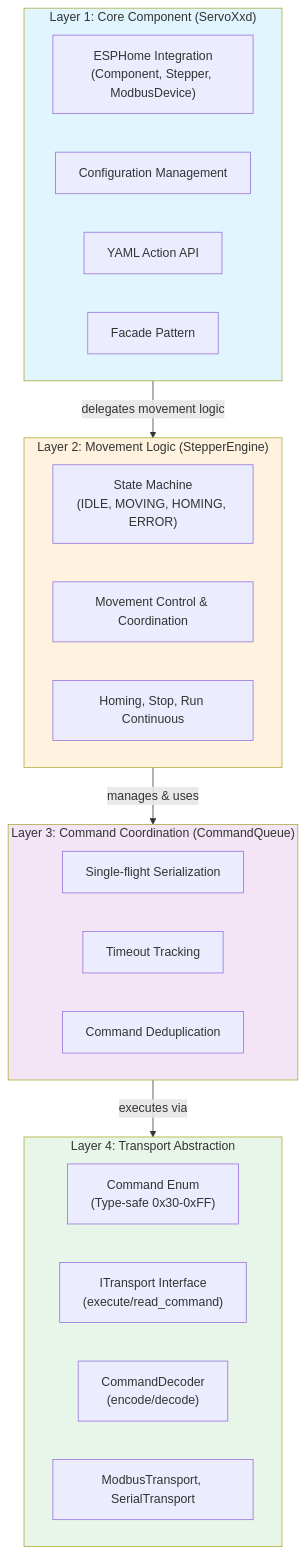
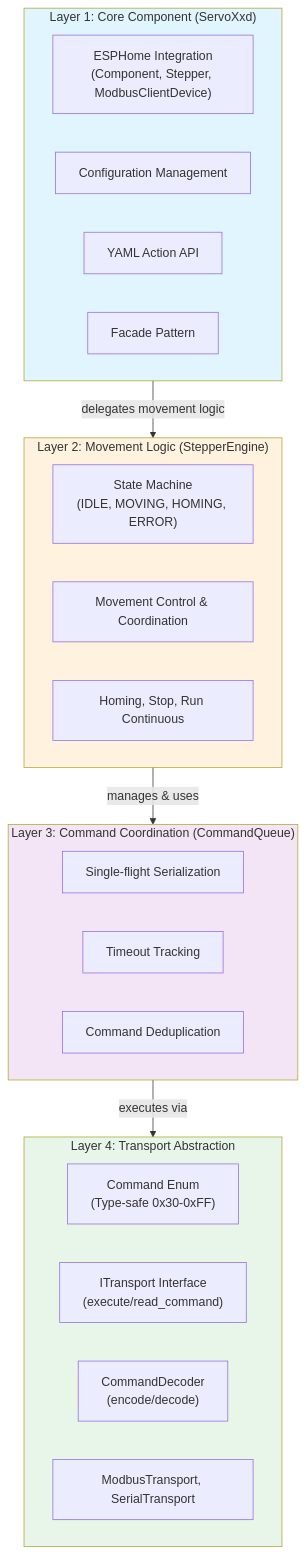
One commit to Nebensound/servoxxd-esphome changed the diagram in docs/specification/02-cpp-interface.md. Above: the diagram before and after it, drawn with Mermaid. The commit also changed other lines of this file and 24 other files, not shown here.

````diff
--- a/docs/specification/02-cpp-interface.md
+++ b/docs/specification/02-cpp-interface.md
@@ -91,37 +91,37 @@
 ```mermaid
 graph TB
     subgraph Layer1["Layer 1: Core Component (ServoXxd)"]
-        L1A["ESPHome Integration<br/>(Component, Stepper, ModbusDevice)"]
+        L1A["ESPHome Integration<br/>(Component, Stepper, ModbusClientDevice)"]
         L1B["Configuration Management"]
         L1C["YAML Action API"]
         L1D["Facade Pattern"]
     end
     
     subgraph Layer2["Layer 2: Movement Logic (StepperEngine)"]
         L2A["State Machine<br/>(IDLE, MOVING, HOMING, ERROR)"]
         L2B["Movement Control & Coordination"]
         L2C["Homing, Stop, Run Continuous"]
     end
     
     subgraph Layer3["Layer 3: Command Coordination (CommandQueue)"]
         L3A["Single-flight Serialization"]
         L3B["Timeout Tracking"]
         L3C["Command Deduplication"]
     end
     
     subgraph Layer4["Layer 4: Transport Abstraction"]
         L4A["Command Enum<br/>(Type-safe 0x30-0xFF)"]
         L4B["ITransport Interface<br/>(execute/read_command)"]
         L4C["CommandDecoder<br/>(encode/decode)"]
         L4D["ModbusTransport, SerialTransport"]
     end
     
     Layer1 -->|delegates movement logic| Layer2
     Layer2 -->|manages & uses| Layer3
     Layer3 -->|executes via| Layer4
     
     style Layer1 fill:#e1f5ff
     style Layer2 fill:#fff3e0
     style Layer3 fill:#f3e5f5
     style Layer4 fill:#e8f5e9
 ```
````
